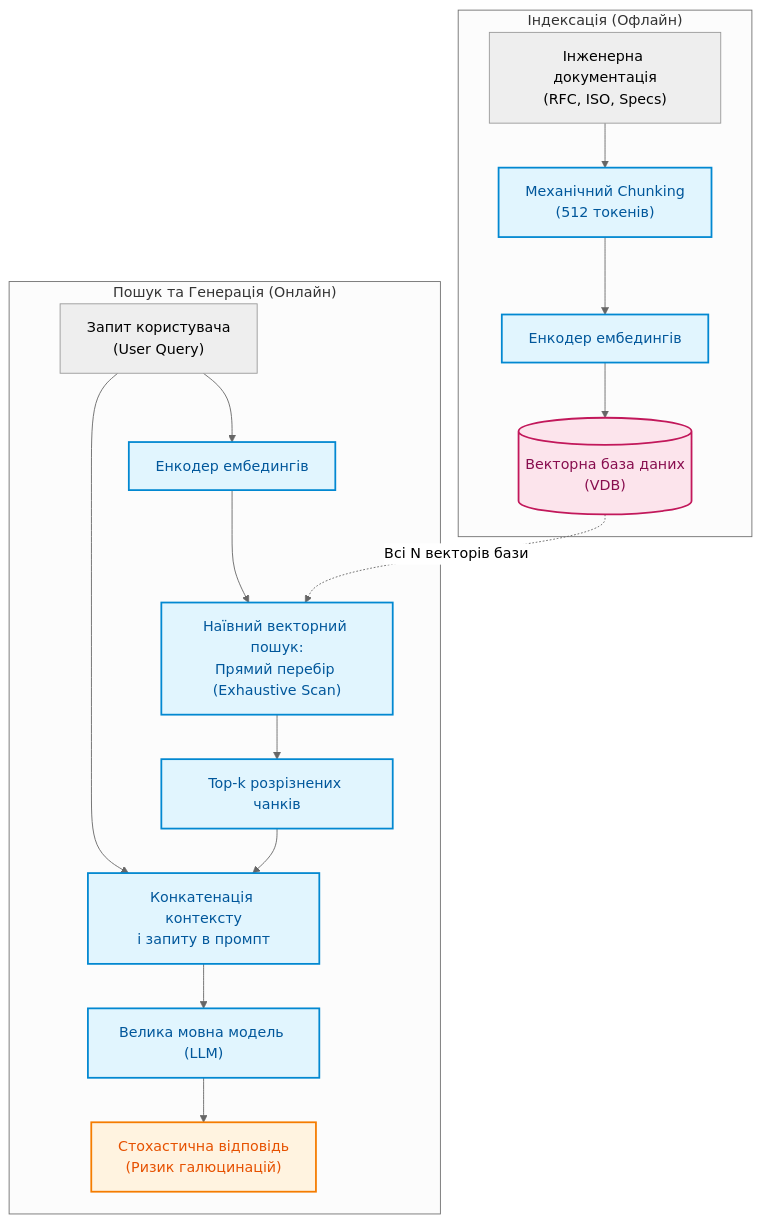
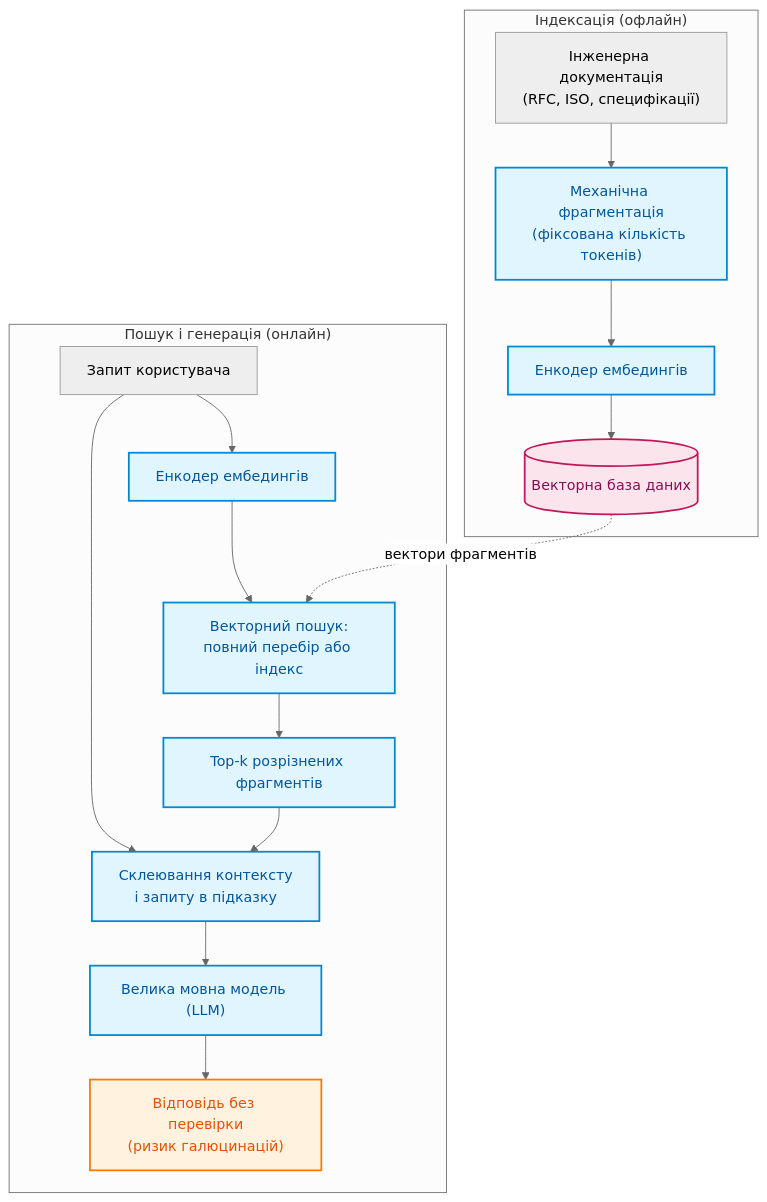
The second of 8 diagrams in ExpertSystem/ch13-language-variability-vs-determinism.md (nick-fedchik/articles), drawn with Mermaid (neutral theme) before and after one commit. The commit also changed other lines of this file, not shown here.

````diff
--- a/ExpertSystem/ch13-language-variability-vs-determinism.md
+++ b/ExpertSystem/ch13-language-variability-vs-determinism.md
@@ -65,30 +60,30 @@
 ```mermaid
 flowchart TD
     accTitle: Архітектура наївного RAG (Retrieve-Read)
     accDescr: Двоетапна схема з офлайн-індексацією фрагментів фіксованого розміру та онлайн-пошуком за векторною схожістю.
 
-    subgraph SG_OFFLINE ["Індексація (Офлайн)"]
-        DOC["Інженерна документація<br/>(RFC, ISO, Specs)"] --> CHUNK["Механічний Chunking<br/>(512 токенів)"]
+    subgraph SG_OFFLINE ["Індексація (офлайн)"]
+        DOC["Інженерна документація<br/>(RFC, ISO, специфікації)"] --> CHUNK["Механічна фрагментація<br/>(фіксована кількість токенів)"]
         CHUNK --> EMB_DOC["Енкодер ембедингів"]
-        EMB_DOC --> VDB[("Векторна база даних<br/>(VDB)")]
+        EMB_DOC --> VDB[("Векторна база даних")]
     end
 
-    subgraph SG_ONLINE ["Пошук та Генерація (Онлайн)"]
-        REQ["Запит користувача<br/>(User Query)"] --> EMB_Q["Енкодер ембедингів"]
-        EMB_Q --> SCAN["Наївний векторний пошук:<br/>Прямий перебір (Exhaustive Scan)"]
-        VDB -.->|"Всі N векторів бази"| SCAN
-        SCAN --> TOPK["Top-k розрізнених чанків"]
-        TOPK --> PROMPT["Конкатенація контексту<br/>і запиту в промпт"]
+    subgraph SG_ONLINE ["Пошук і генерація (онлайн)"]
+        REQ["Запит користувача"] --> EMB_Q["Енкодер ембедингів"]
+        EMB_Q --> SCAN["Векторний пошук:<br/>повний перебір або індекс"]
+        VDB -.->|"вектори фрагментів"| SCAN
+        SCAN --> TOPK["Top-k розрізнених фрагментів"]
+        TOPK --> PROMPT["Склеювання контексту<br/>і запиту в підказку"]
         REQ --> PROMPT
         PROMPT --> LLM["Велика мовна модель (LLM)"]
-        LLM --> RESP["Стохастична відповідь<br/>(Ризик галюцинацій)"]
+        LLM --> RESP["Відповідь без перевірки<br/>(ризик галюцинацій)"]
     end
 
     classDef store fill:#fce4ec,stroke:#c2185b,stroke-width:2px,color:#880e4f;
     classDef proc fill:#e1f5fe,stroke:#0288d1,stroke-width:2px,color:#01579b;
     classDef warn fill:#fff3e0,stroke:#f57c00,stroke-width:2px,color:#e65100;
 
     class VDB store;
     class CHUNK,EMB_DOC,EMB_Q,SCAN,TOPK,PROMPT,LLM proc;
     class RESP warn;
 ```
````
